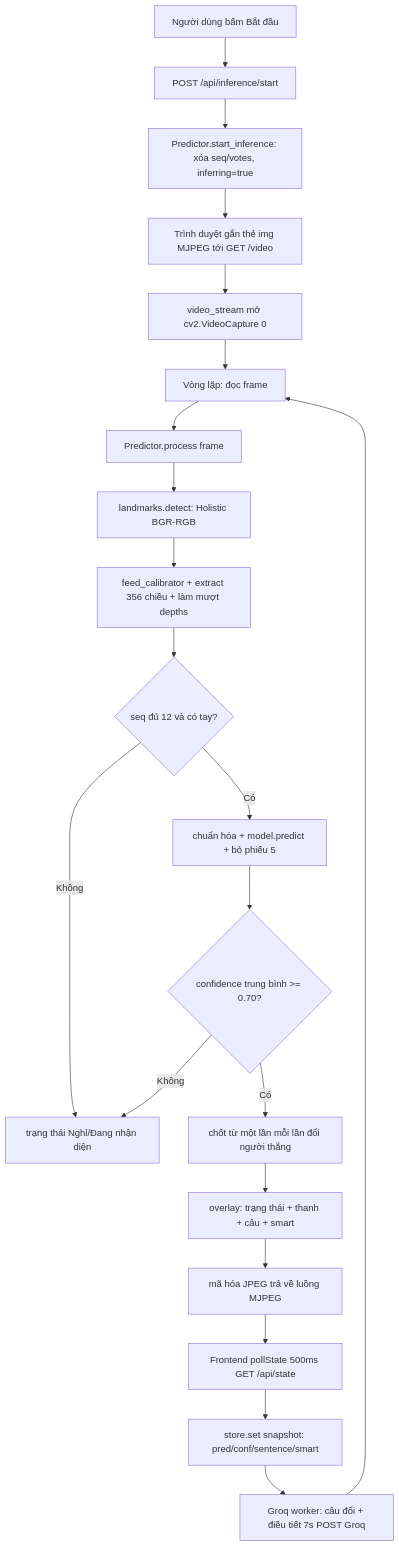
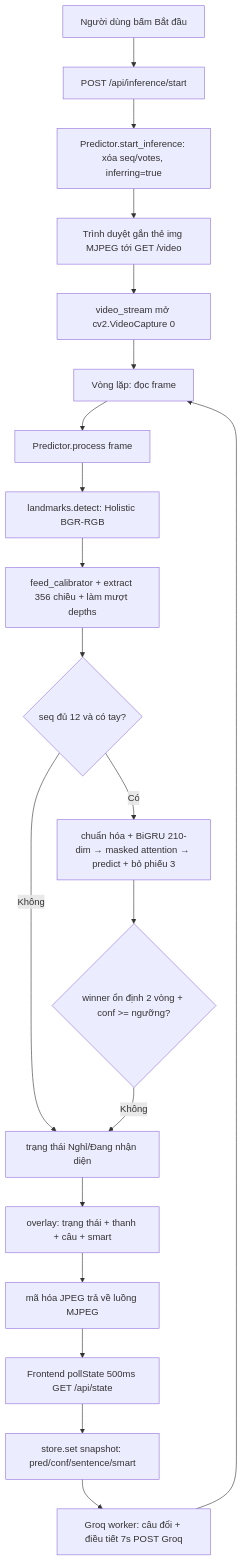
The first of 2 diagrams in PROJECT_ARCHITECTURE.md (TongTaiTrung/vsl-translator), drawn with Mermaid before and after one commit. The commit also changed other lines of this file and 21 other files, not shown here.

````diff
--- a/PROJECT_ARCHITECTURE.md
+++ b/PROJECT_ARCHITECTURE.md
@@ -224,23 +361,22 @@
 ```mermaid
 flowchart TD
     A[Người dùng bấm Bắt đầu] --> B[POST /api/inference/start]
     B --> C[Predictor.start_inference: xóa seq/votes, inferring=true]
     C --> D[Trình duyệt gắn thẻ img MJPEG tới GET /video]
     D --> E[video_stream mở cv2.VideoCapture 0]
     E --> F[Vòng lặp: đọc frame]
     F --> G[Predictor.process frame]
     G --> H[landmarks.detect: Holistic BGR-RGB]
     H --> I[feed_calibrator + extract 356 chiều + làm mượt depths]
     I --> J{seq đủ 12 và có tay?}
     J -- Không --> K[trạng thái Nghỉ/Đang nhận diện]
-    J -- Có --> L[chuẩn hóa + model.predict + bỏ phiếu 5]
-    L --> M{confidence trung bình >= 0.70?}
+    J -- Có --> L[chuẩn hóa + BiGRU 210-dim → masked attention → predict + bỏ phiếu 3]
+    L --> M{winner ổn định 2 vòng + conf >= ngưỡng?}
     M -- Không --> K
-    M -- Có --> N[chốt từ một lần mỗi lần đổi người thắng]
-    N --> O[overlay: trạng thái + thanh + câu + smart]
+    K --> O[overlay: trạng thái + thanh + câu + smart]
     O --> P[mã hóa JPEG trả về luồng MJPEG]
     P --> Q[Frontend pollState 500ms GET /api/state]
     Q --> R[store.set snapshot: pred/conf/sentence/smart]
     R --> S[Groq worker: câu đổi + điều tiết 7s POST Groq]
     S --> F
 ```
````
